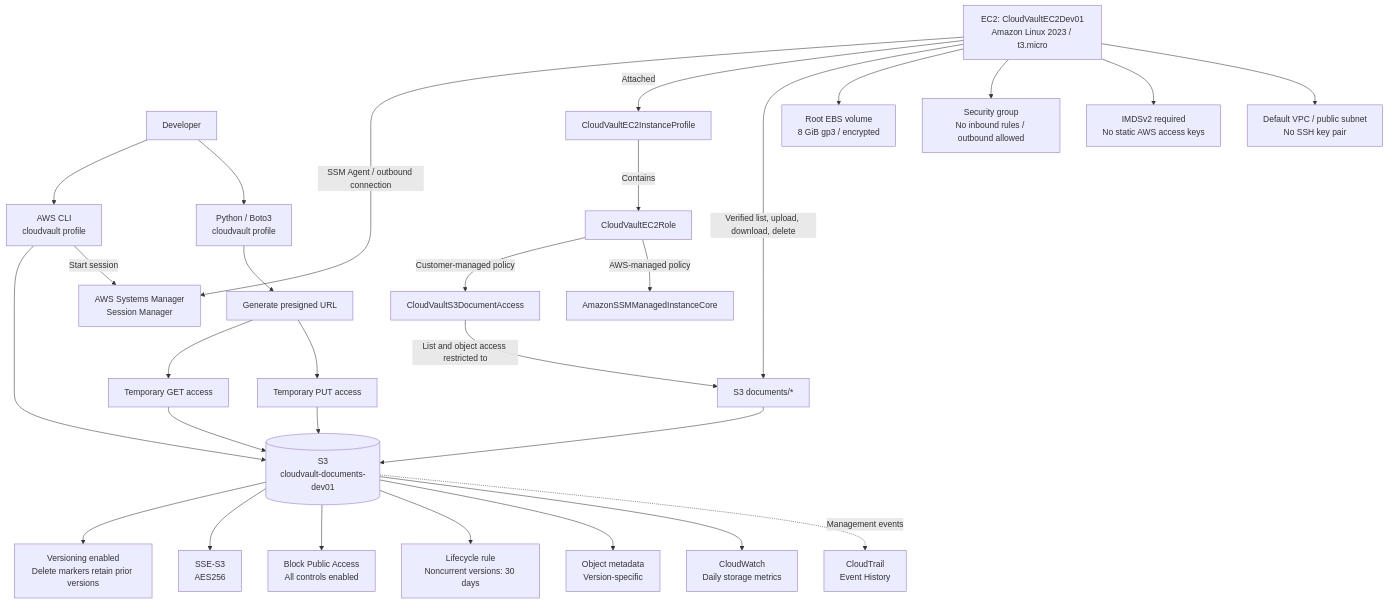
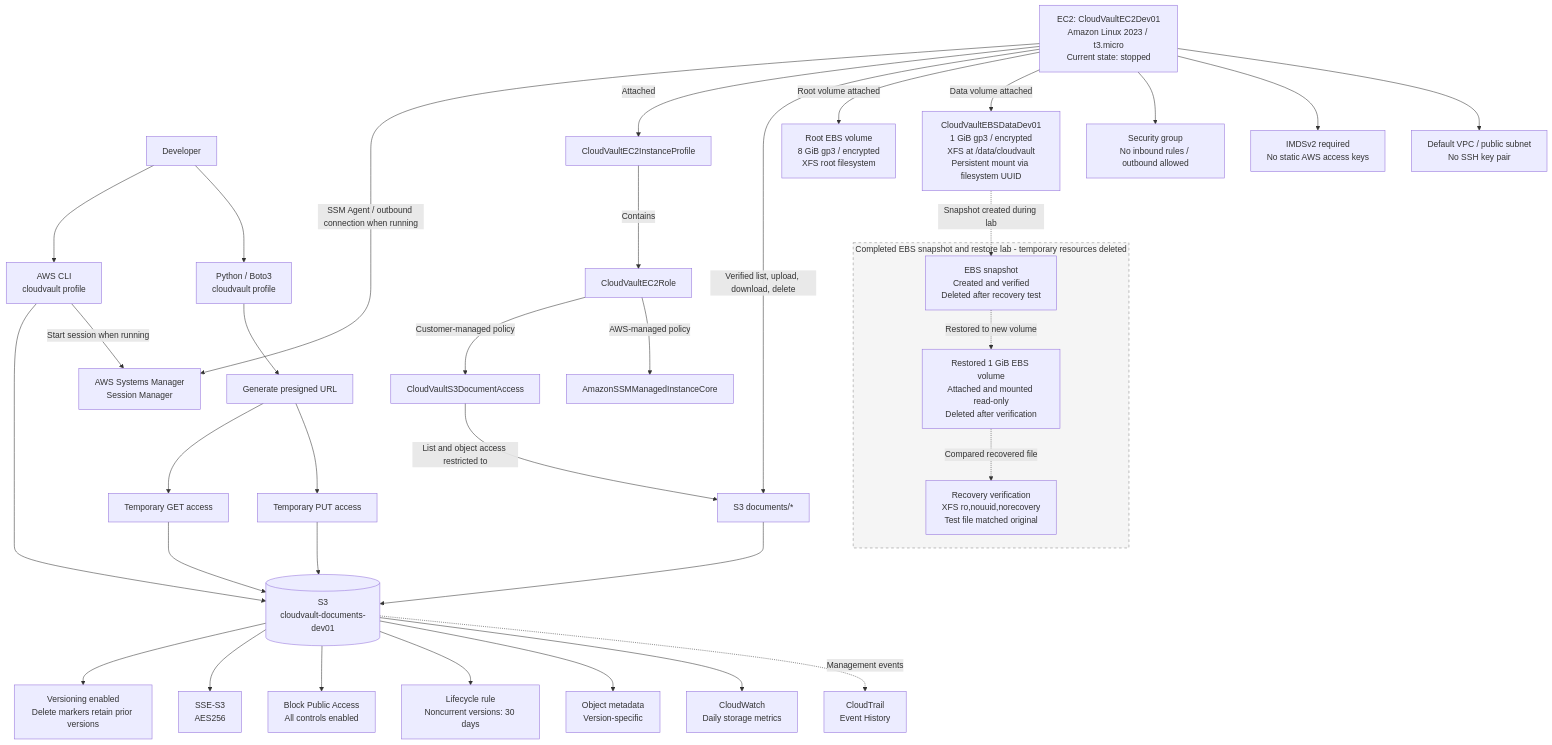
One commit to Nadleeh-coder/aws-cloudvault changed the diagram in docs/architecture/cloudvault-current-state.mmd. Above: the diagram before and after it, drawn with Mermaid. The commit also changed 3 other files, not shown here.

Commit message:
docs(phase-2): document EBS persistence and snapshot recovery (#4)

```diff
--- a/docs/architecture/cloudvault-current-state.mmd
+++ b/docs/architecture/cloudvault-current-state.mmd
@@ -1,38 +1,52 @@
 flowchart TD
     DEV[Developer] --> CLI[AWS CLI<br/>cloudvault profile]
     CLI --> S3[(S3<br/>cloudvault-documents-dev01)]
 
     %% Deployed Phase 2 EC2 workload and access path
-    CLI -->|Start session| SSM[AWS Systems Manager<br/>Session Manager]
-    EC2[EC2: CloudVaultEC2Dev01<br/>Amazon Linux 2023 / t3.micro]
-    EC2 -->|SSM Agent / outbound connection| SSM
+    CLI -->|Start session when running| SSM[AWS Systems Manager<br/>Session Manager]
+    EC2[EC2: CloudVaultEC2Dev01<br/>Amazon Linux 2023 / t3.micro<br/>Current state: stopped]
+    EC2 -->|SSM Agent / outbound connection when running| SSM
     EC2 -->|Attached| PROFILE[CloudVaultEC2InstanceProfile]
     PROFILE -->|Contains| ROLE[CloudVaultEC2Role]
     ROLE -->|Customer-managed policy| POLICY[CloudVaultS3DocumentAccess]
     ROLE -->|AWS-managed policy| SSMPOL[AmazonSSMManagedInstanceCore]
     POLICY -->|List and object access restricted to| PREFIX[S3 documents/*]
     EC2 -->|Verified list, upload, download, delete| PREFIX
     PREFIX --> S3
 
-    %% Current EC2 configuration
-    EC2 --> ROOT[Root EBS volume<br/>8 GiB gp3 / encrypted]
+    %% Current EC2 configuration and retained EBS volumes
+    EC2 -->|Root volume attached| ROOT[Root EBS volume<br/>8 GiB gp3 / encrypted<br/>XFS root filesystem]
+    EC2 -->|Data volume attached| DATA[CloudVaultEBSDataDev01<br/>1 GiB gp3 / encrypted<br/>XFS at /data/cloudvault<br/>Persistent mount via filesystem UUID]
     EC2 --> SG[Security group<br/>No inbound rules / outbound allowed]
     EC2 --> META2[IMDSv2 required<br/>No static AWS access keys]
     EC2 --> NET[Default VPC / public subnet<br/>No SSH key pair]
+
+    %% Completed EBS recovery lab: historical resources, not currently deployed
+    subgraph RECOVERY[Completed EBS snapshot and restore lab - temporary resources deleted]
+        SNAP[EBS snapshot<br/>Created and verified<br/>Deleted after recovery test]
+        RESTORED[Restored 1 GiB EBS volume<br/>Attached and mounted read-only<br/>Deleted after verification]
+        VERIFY[Recovery verification<br/>XFS ro,nouuid,norecovery<br/>Test file matched original]
+        SNAP -.->|Restored to new volume| RESTORED
+        RESTORED -.->|Compared recovered file| VERIFY
+    end
+    DATA -.->|Snapshot created during lab| SNAP
 
     %% Existing Phase 1 S3 controls and access workflows
     S3 --> VER[Versioning enabled<br/>Delete markers retain prior versions]
     S3 --> ENC[SSE-S3<br/>AES256]
     S3 --> BPA[Block Public Access<br/>All controls enabled]
     S3 --> LIFE[Lifecycle rule<br/>Noncurrent versions: 30 days]
     S3 --> META[Object metadata<br/>Version-specific]
 
     DEV --> SDK[Python / Boto3<br/>cloudvault profile]
     SDK --> PRESIGN[Generate presigned URL]
     PRESIGN --> GET[Temporary GET access]
     PRESIGN --> PUT[Temporary PUT access]
     GET --> S3
     PUT --> S3
 
     S3 --> CW[CloudWatch<br/>Daily storage metrics]
     S3 -. Management events .-> CT[CloudTrail<br/>Event History]
+
+    %% Dotted connections indicate the completed historical recovery workflow.
+    style RECOVERY fill:#f5f5f5,stroke:#888,stroke-dasharray:5 5
```
